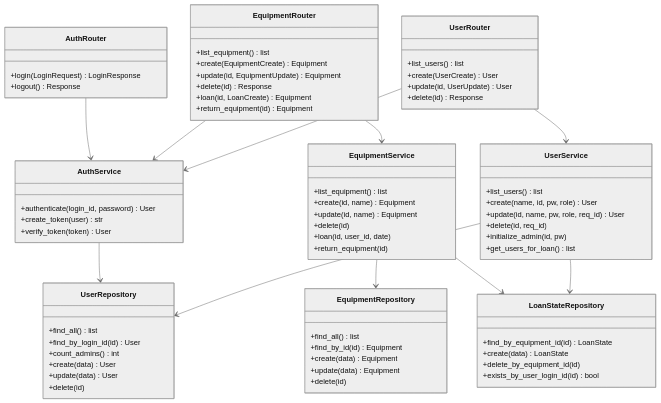
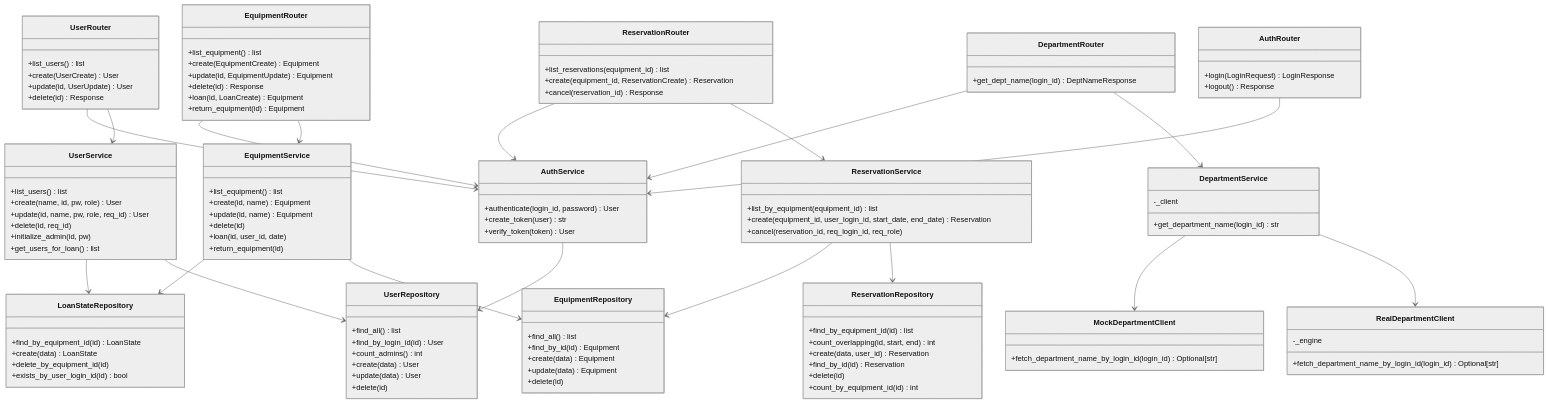
One commit to notfolder/isdd changed diagram 12 of 13 in docs/detail_design.md. Above: the diagram before and after it, drawn with Mermaid (neutral theme). The commit also changed other lines of this file and 35 other files, not shown here.

````diff
--- a/docs/detail_design.md
+++ b/docs/detail_design.md
@@ -482,6 +719,14 @@
         +create(UserCreate) User
         +update(id, UserUpdate) User
         +delete(id) Response
+    }
+    class DepartmentRouter {
+        +get_dept_name(login_id) DeptNameResponse
+    }
+    class ReservationRouter {
+        +list_reservations(equipment_id) list
+        +create(equipment_id, ReservationCreate) Reservation
+        +cancel(reservation_id) Response
     }
     class AuthService {
         +authenticate(login_id, password) User
@@ -504,6 +749,22 @@
         +initialize_admin(id, pw)
         +get_users_for_loan() list
     }
+    class DepartmentService {
+        -_client
+        +get_department_name(login_id) str
+    }
+    class RealDepartmentClient {
+        -_engine
+        +fetch_department_name_by_login_id(login_id) Optional[str]
+    }
+    class MockDepartmentClient {
+        +fetch_department_name_by_login_id(login_id) Optional[str]
+    }
+    class ReservationService {
+        +list_by_equipment(equipment_id) list
+        +create(equipment_id, user_login_id, start_date, end_date) Reservation
+        +cancel(reservation_id, req_login_id, req_role)
+    }
     class EquipmentRepository {
         +find_all() list
         +find_by_id(id) Equipment
@@ -525,14 +786,30 @@
         +delete_by_equipment_id(id)
         +exists_by_user_login_id(id) bool
     }
+    class ReservationRepository {
+        +find_by_equipment_id(id) list
+        +count_overlapping(id, start, end) int
+        +create(data, user_id) Reservation
+        +find_by_id(id) Reservation
+        +delete(id)
+        +count_by_equipment_id(id) int
+    }
     AuthRouter --> AuthService
     EquipmentRouter --> EquipmentService
     EquipmentRouter --> AuthService
     UserRouter --> UserService
     UserRouter --> AuthService
+    DepartmentRouter --> DepartmentService
+    DepartmentRouter --> AuthService
+    DepartmentService --> RealDepartmentClient
+    DepartmentService --> MockDepartmentClient
+    ReservationRouter --> ReservationService
+    ReservationRouter --> AuthService
     AuthService --> UserRepository
     EquipmentService --> EquipmentRepository
     EquipmentService --> LoanStateRepository
     UserService --> UserRepository
     UserService --> LoanStateRepository
+    ReservationService --> ReservationRepository
+    ReservationService --> EquipmentRepository
 ```
````
